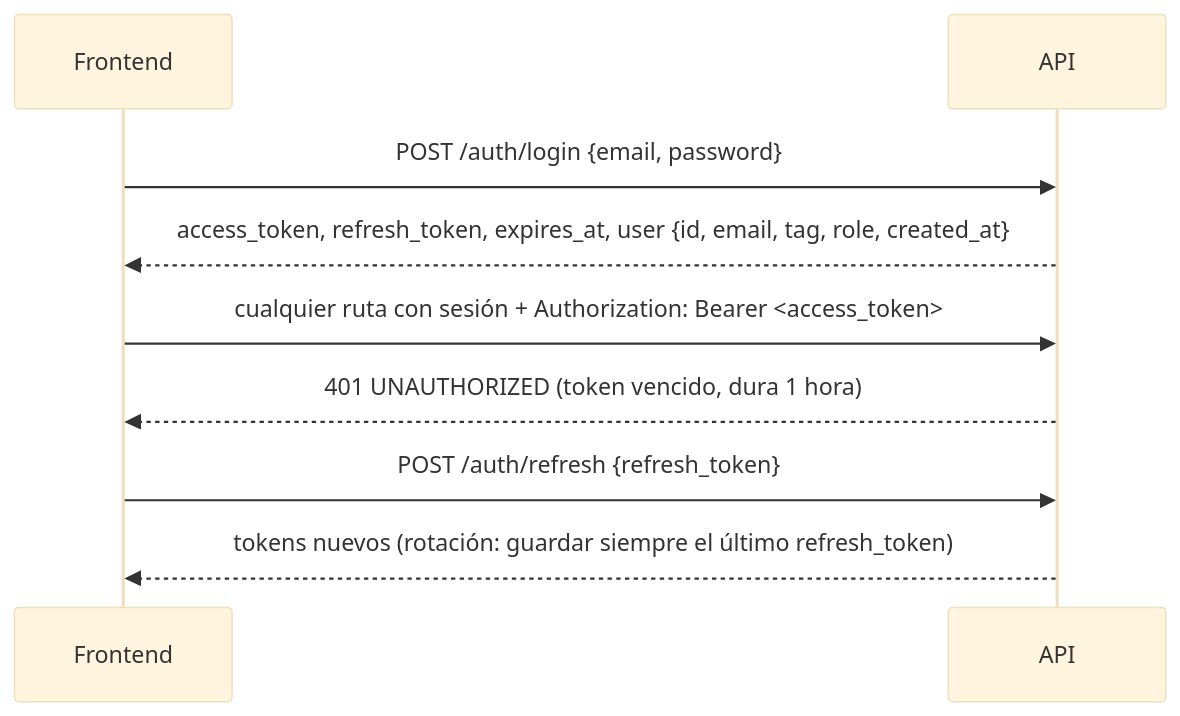
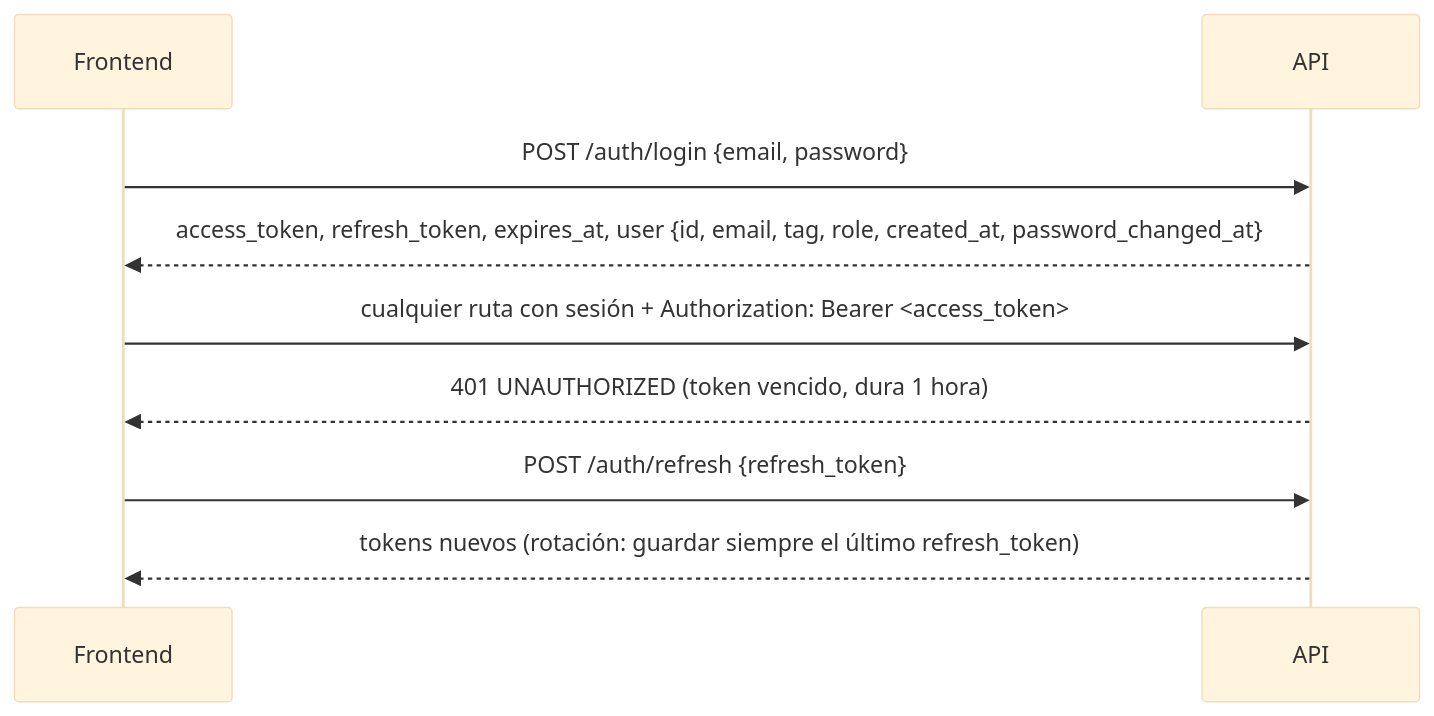
One commit to mchssj/v34frag changed the diagram in docs/frontend/contrato/api.md. Above: the diagram before and after it, drawn with Mermaid (base theme). The commit also changed other lines of this file and 26 other files, not shown here.

````diff
--- a/docs/frontend/contrato/api.md
+++ b/docs/frontend/contrato/api.md
@@ -41,11 +41,11 @@
 ```mermaid
 sequenceDiagram
   participant F as Frontend
   participant A as API
   F->>A: POST /auth/login {email, password}
-  A-->>F: access_token, refresh_token, expires_at, user {id, email, tag, role, created_at}
+  A-->>F: access_token, refresh_token, expires_at, user {id, email, tag, role, created_at, password_changed_at}
   F->>A: cualquier ruta con sesión + Authorization: Bearer <access_token>
   A-->>F: 401 UNAUTHORIZED (token vencido, dura 1 hora)
   F->>A: POST /auth/refresh {refresh_token}
   A-->>F: tokens nuevos (rotación: guardar siempre el último refresh_token)
 ```
````
